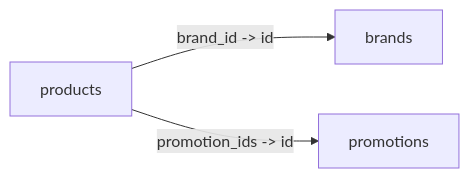
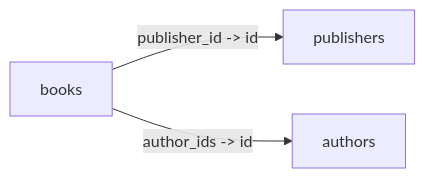
One commit to lstpsche/documentation changed the diagram in projects/search-engine-for-typesense/collections-graph.mdx. Above: the diagram before and after it, drawn with Mermaid. The commit also changed other lines of this file and 18 other files, not shown here.

````diff
--- a/projects/search-engine-for-typesense/collections-graph.mdx
+++ b/projects/search-engine-for-typesense/collections-graph.mdx
@@ -69,5 +69,5 @@
 ```mermaid
 flowchart LR
-  A["products"] -- "brand_id -> id" --> B["brands"]
-  A -- "promotion_ids -> id" --> C["promotions"]
+  A["books"] -- "publisher_id -> id" --> B["publishers"]
+  A -- "author_ids -> id" --> C["authors"]
 ```
````
